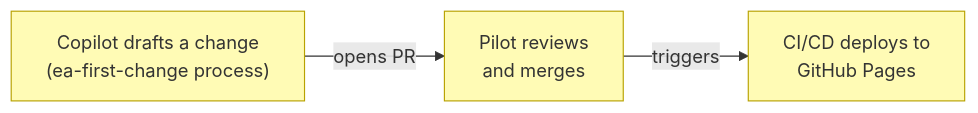
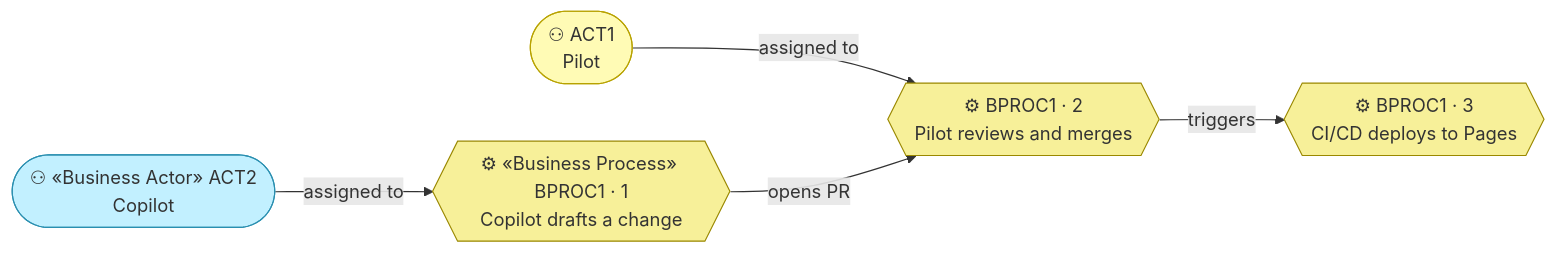
The third of 3 diagrams in site/docs/ea/2_business/2_business-services.md (roanboc/architecture-archreator), drawn with Mermaid before and after one commit. The commit also changed other lines of this file and 15 other files, not shown here.

````diff
--- a/site/docs/ea/2_business/2_business-services.md
+++ b/site/docs/ea/2_business/2_business-services.md
@@ -22,11 +64,18 @@
 ```mermaid
 flowchart LR
-  draft["Copilot drafts a change<br>(ea-first-change process)"]:::business
-  review["Pilot reviews<br>and merges"]:::business
-  deploy["CI/CD deploys to<br>GitHub Pages"]:::business
+  draft{{"⚙ «Business Process» BPROC1 · 1<br>Copilot drafts a change"}}:::process
+  review{{"⚙ BPROC1 · 2<br>Pilot reviews and merges"}}:::process
+  deploy{{"⚙ BPROC1 · 3<br>CI/CD deploys to Pages"}}:::process
 
+  act2(["⚇ «Business Actor» ACT2<br>Copilot"]):::actorai
+  act1(["⚇ ACT1<br>Pilot"]):::actor
+
+  act2 -->|assigned to| draft
+  act1 -->|assigned to| review
   draft -->|opens PR| review
   review -->|triggers| deploy
 
-  classDef business fill:#fffbb5,stroke:#b8a200,color:#333
+  classDef process fill:#f7f099,stroke:#9a8800,color:#333
+  classDef actor fill:#fffbb5,stroke:#b8a200,color:#333
+  classDef actorai fill:#c2f0ff,stroke:#2a8fb0,color:#333
 ```
````
